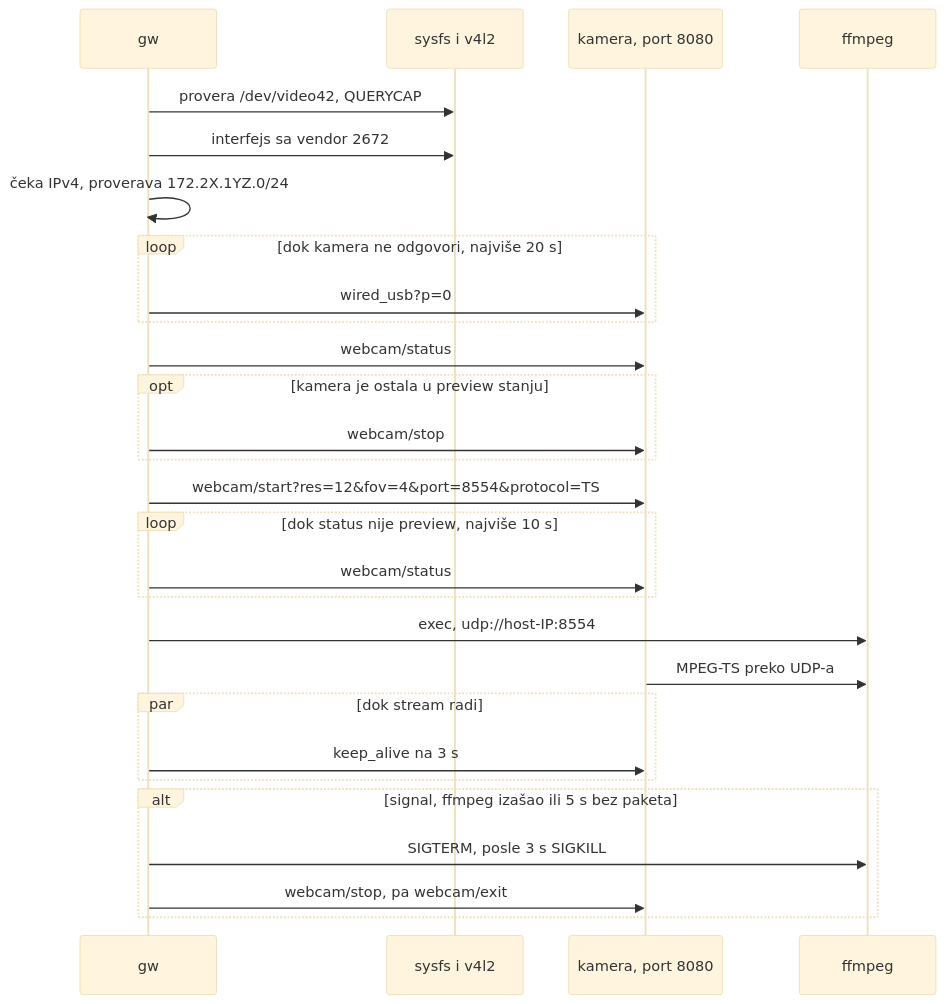
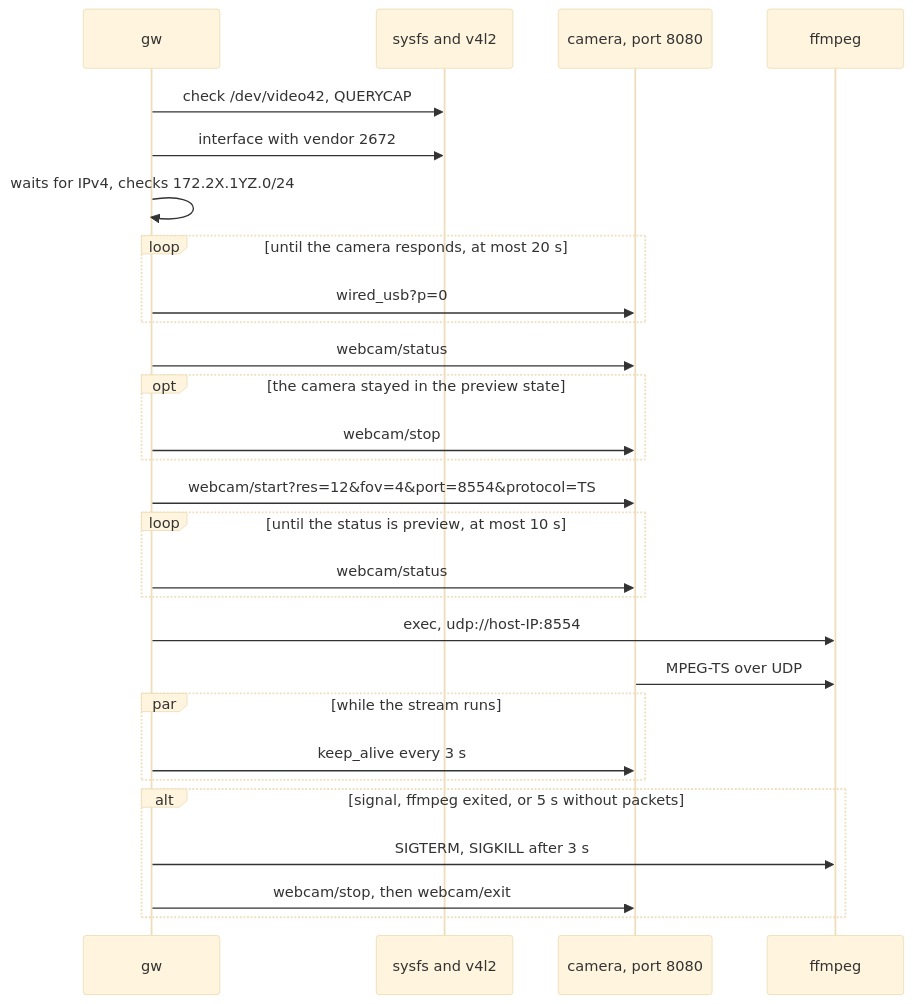
Before and after one commit to darkodemic/gpwebcam: the diagram in docs/plans-and-decisions/first-slice-gw-start.md, drawn with Mermaid (base theme). The commit also changed other lines of this file and 15 other files, not shown here.

````diff
--- a/docs/plans-and-decisions/first-slice-gw-start.md
+++ b/docs/plans-and-decisions/first-slice-gw-start.md
@@ -43,30 +43,30 @@
 ```mermaid
 sequenceDiagram
     participant gw
-    participant sys as sysfs i v4l2
-    participant cam as kamera, port 8080
+    participant sys as sysfs and v4l2
+    participant cam as camera, port 8080
     participant ff as ffmpeg
-    gw->>sys: provera /dev/video42, QUERYCAP
-    gw->>sys: interfejs sa vendor 2672
-    gw->>gw: čeka IPv4, proverava 172.2X.1YZ.0/24
-    loop dok kamera ne odgovori, najviše 20 s
+    gw->>sys: check /dev/video42, QUERYCAP
+    gw->>sys: interface with vendor 2672
+    gw->>gw: waits for IPv4, checks 172.2X.1YZ.0/24
+    loop until the camera responds, at most 20 s
         gw->>cam: wired_usb?p=0
     end
     gw->>cam: webcam/status
-    opt kamera je ostala u preview stanju
+    opt the camera stayed in the preview state
         gw->>cam: webcam/stop
     end
     gw->>cam: webcam/start?res=12&fov=4&port=8554&protocol=TS
-    loop dok status nije preview, najviše 10 s
+    loop until the status is preview, at most 10 s
         gw->>cam: webcam/status
     end
     gw->>ff: exec, udp://host-IP:8554
-    cam->>ff: MPEG-TS preko UDP-a
-    par dok stream radi
-        gw->>cam: keep_alive na 3 s
+    cam->>ff: MPEG-TS over UDP
+    par while the stream runs
+        gw->>cam: keep_alive every 3 s
     end
-    alt signal, ffmpeg izašao ili 5 s bez paketa
-        gw->>ff: SIGTERM, posle 3 s SIGKILL
-        gw->>cam: webcam/stop, pa webcam/exit
+    alt signal, ffmpeg exited, or 5 s without packets
+        gw->>ff: SIGTERM, SIGKILL after 3 s
+        gw->>cam: webcam/stop, then webcam/exit
     end
 ```
````
